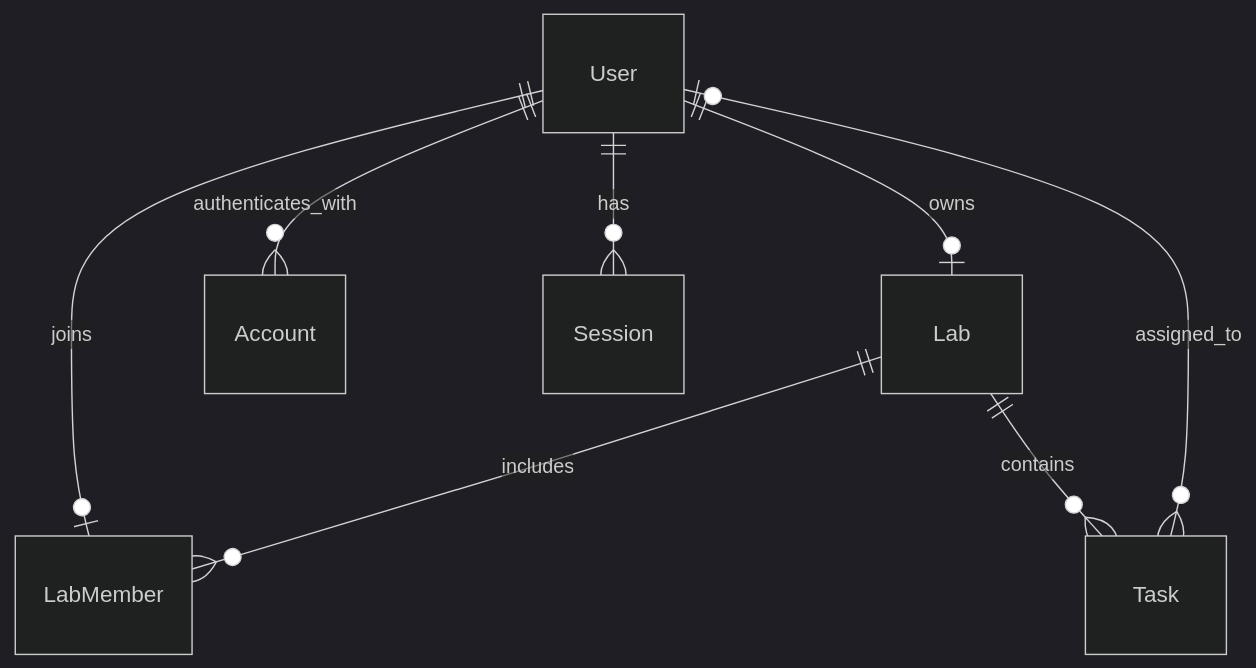
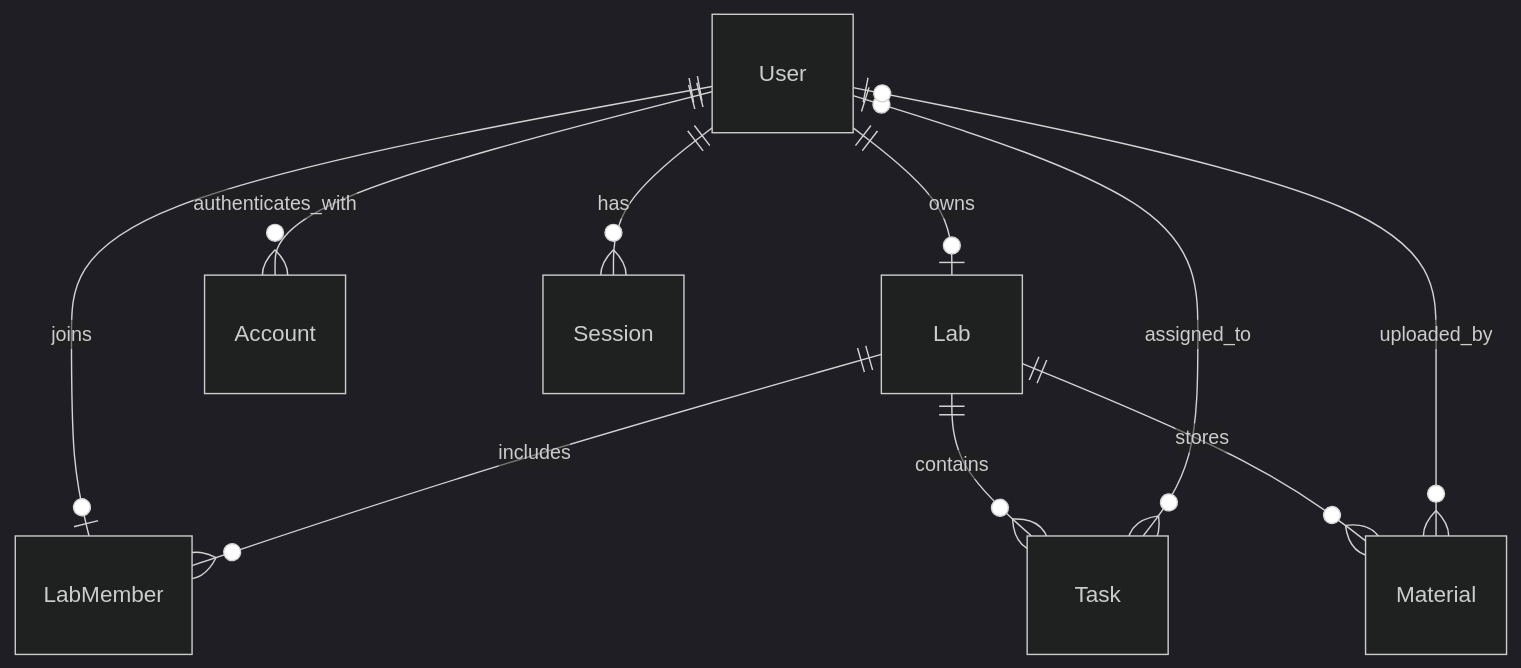
Before and after one commit to yuki-392/material-management: the first of 2 diagrams in docs/database.md, drawn with Mermaid (dark theme). The commit also changed other lines of this file and 21 other files, not shown here.

````diff
--- a/docs/database.md
+++ b/docs/database.md
@@ -17,10 +17,12 @@
 ```mermaid
 erDiagram
     User ||--o| Lab : owns
     User ||--o| LabMember : joins
     Lab ||--o{ LabMember : includes
     Lab ||--o{ Task : contains
     User o|--o{ Task : assigned_to
+    Lab ||--o{ Material : stores
+    User o|--o{ Material : uploaded_by
     User ||--o{ Account : authenticates_with
     User ||--o{ Session : has
 ```
````
